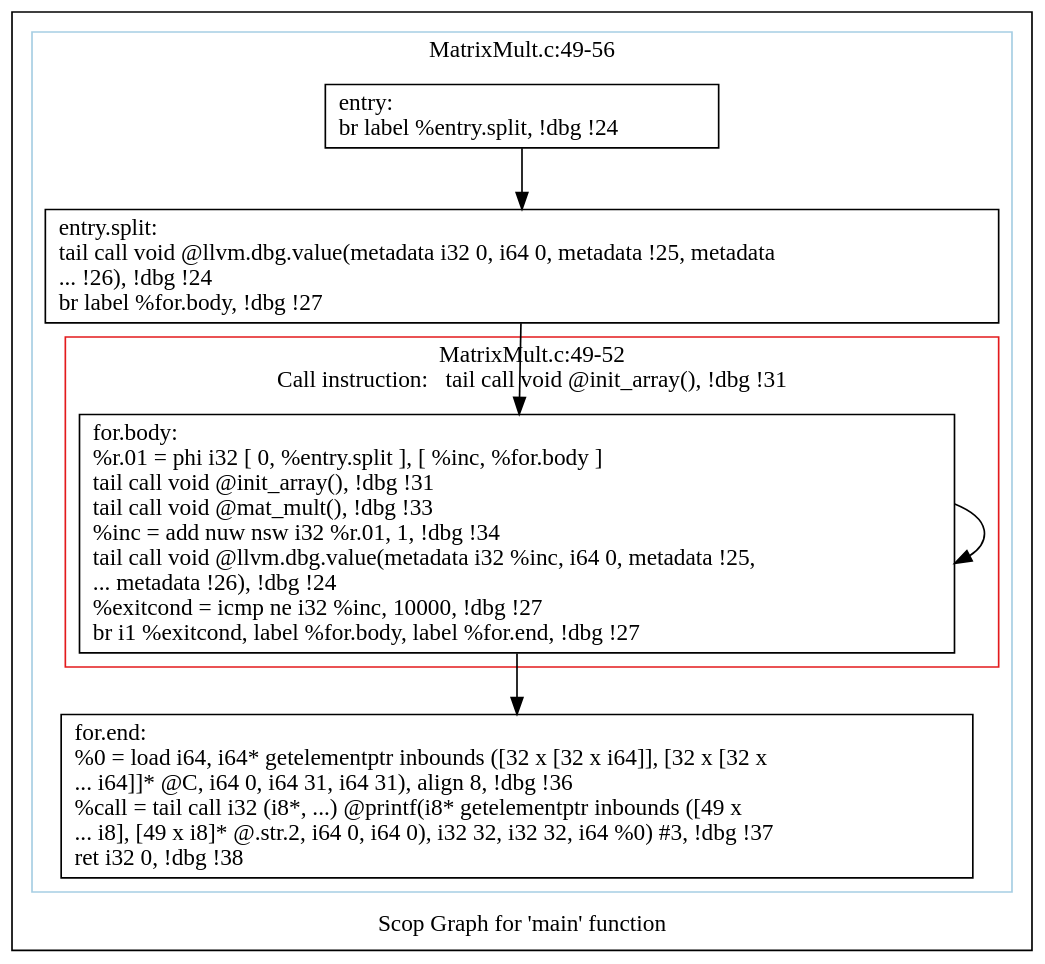
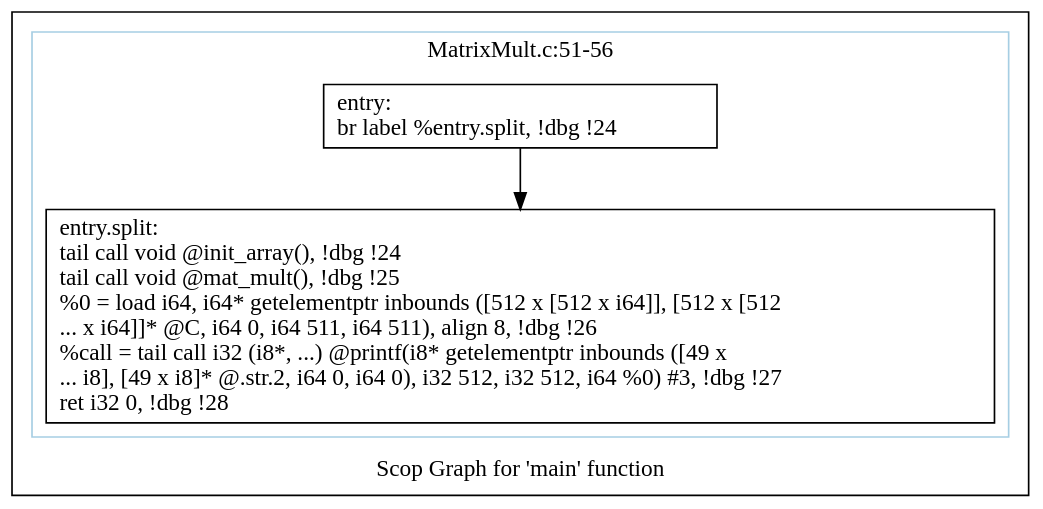
One commit to samminweng/WhileyOpenCL changed the diagram in polly/MatrixMult/impl/handwritten/dot/scops.main.dot. Above: the diagram before and after it, drawn with Graphviz. The commit also changed 27 other files, not shown here.

```diff
--- a/polly/MatrixMult/impl/handwritten/dot/scops.main.dot
+++ b/polly/MatrixMult/impl/handwritten/dot/scops.main.dot
@@ -1,29 +1,16 @@
 digraph "Scop Graph for 'main' function" {
 	label="Scop Graph for 'main' function";
 
-	Node0x5ed9680 [shape=record,label="{entry:\l  br label %entry.split, !dbg !24\l}"];
-	Node0x5ed9680 -> Node0x5ed1ca0;
-	Node0x5ed1ca0 [shape=record,label="{entry.split:                                      \l  tail call void @llvm.dbg.value(metadata i32 0, i64 0, metadata !25, metadata\l... !26), !dbg !24\l  br label %for.body, !dbg !27\l}"];
-	Node0x5ed1ca0 -> Node0x5eef040;
-	Node0x5eef040 [shape=record,label="{for.body:                                         \l  %r.01 = phi i32 [ 0, %entry.split ], [ %inc, %for.body ]\l  tail call void @init_array(), !dbg !31\l  tail call void @mat_mult(), !dbg !33\l  %inc = add nuw nsw i32 %r.01, 1, !dbg !34\l  tail call void @llvm.dbg.value(metadata i32 %inc, i64 0, metadata !25,\l... metadata !26), !dbg !24\l  %exitcond = icmp ne i32 %inc, 10000, !dbg !27\l  br i1 %exitcond, label %for.body, label %for.end, !dbg !27\l}"];
-	Node0x5eef040 -> Node0x5eef040[constraint=false];
-	Node0x5eef040 -> Node0x5ed73e0;
-	Node0x5ed73e0 [shape=record,label="{for.end:                                          \l  %0 = load i64, i64* getelementptr inbounds ([32 x [32 x i64]], [32 x [32 x\l... i64]]* @C, i64 0, i64 31, i64 31), align 8, !dbg !36\l  %call = tail call i32 (i8*, ...) @printf(i8* getelementptr inbounds ([49 x\l... i8], [49 x i8]* @.str.2, i64 0, i64 0), i32 32, i32 32, i64 %0) #3, !dbg !37\l  ret i32 0, !dbg !38\l}"];
+	Node0x4f214f0 [shape=record,label="{entry:\l  br label %entry.split, !dbg !24\l}"];
+	Node0x4f214f0 -> Node0x4f1e040;
+	Node0x4f1e040 [shape=record,label="{entry.split:                                      \l  tail call void @init_array(), !dbg !24\l  tail call void @mat_mult(), !dbg !25\l  %0 = load i64, i64* getelementptr inbounds ([512 x [512 x i64]], [512 x [512\l... x i64]]* @C, i64 0, i64 511, i64 511), align 8, !dbg !26\l  %call = tail call i32 (i8*, ...) @printf(i8* getelementptr inbounds ([49 x\l... i8], [49 x i8]* @.str.2, i64 0, i64 0), i32 512, i32 512, i64 %0) #3, !dbg !27\l  ret i32 0, !dbg !28\l}"];
 	colorscheme = "paired12"
-        subgraph cluster_0x5ec6520 {
-          label = "MatrixMult.c:49-56
+        subgraph cluster_0x4f29200 {
+          label = "MatrixMult.c:51-56
 ";
           style = solid;
           color = 1
-          subgraph cluster_0x5ed0540 {
-            label = "MatrixMult.c:49-52
-Call instruction:   tail call void @init_array(), !dbg !31";
-            style = solid;
-            color = 6
-            Node0x5eef040;
-          }
-          Node0x5ed9680;
-          Node0x5ed1ca0;
-          Node0x5ed73e0;
+          Node0x4f214f0;
+          Node0x4f1e040;
         }
 }
```
